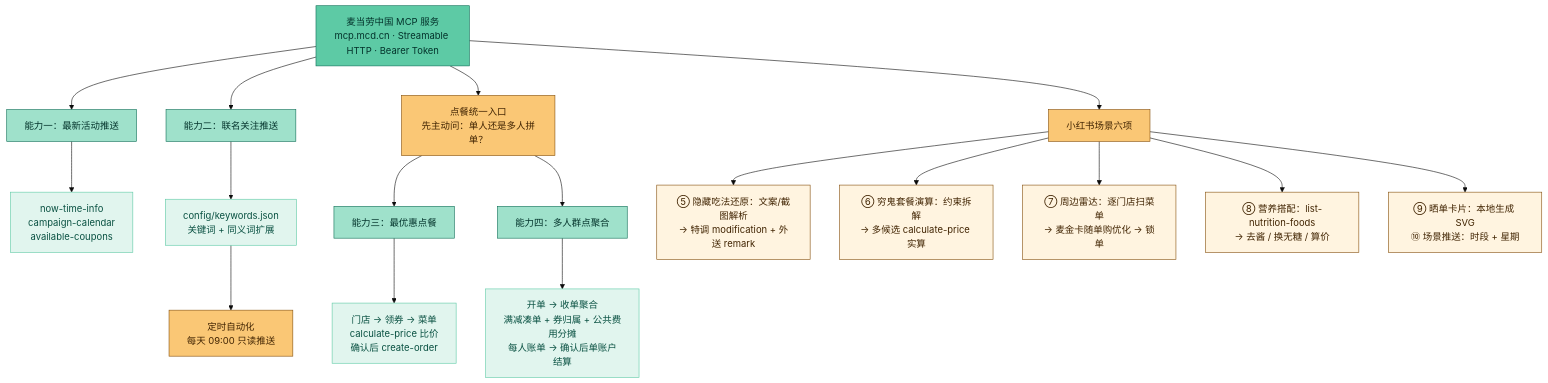
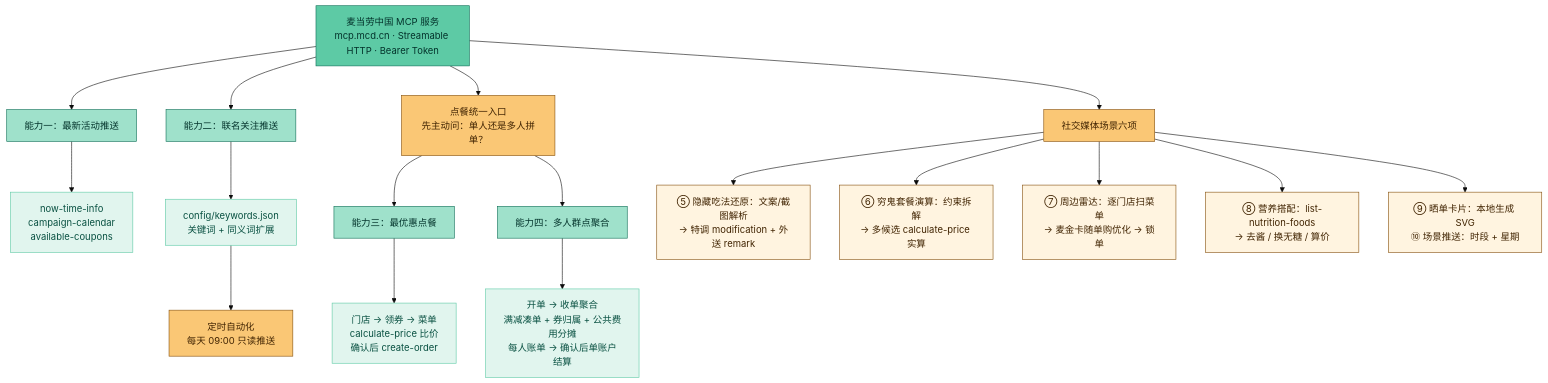
One commit to junxchan54-maker/mcd-cn-assistant changed the diagram in README.md. Above: the diagram before and after it, drawn with Mermaid (base theme). The commit also changed other lines of this file and 8 other files, not shown here.

````diff
--- a/README.md
+++ b/README.md
@@ -68,37 +68,37 @@
 ```mermaid
 flowchart TD
     A["麦当劳中国 MCP 服务<br/>mcp.mcd.cn · Streamable HTTP · Bearer Token"]
     A --> B1["能力一：最新活动推送"]
     A --> B2["能力二：联名关注推送"]
     A --> G["点餐统一入口<br/>先主动问：单人还是多人拼单？"]
     G --> B3["能力三：最优惠点餐"]
     G --> B4["能力四：多人群点聚合"]
     B1 --> C1["now-time-info<br/>campaign-calendar<br/>available-coupons"]
     B2 --> C2["config/keywords.json<br/>关键词 + 同义词扩展"]
     B3 --> C3["门店 → 领券 → 菜单<br/>calculate-price 比价<br/>确认后 create-order"]
     B4 --> C4["开单 → 收单聚合<br/>满减凑单 + 券归属 + 公共费用分摊<br/>每人账单 → 确认后单账户结算"]
     C2 --> D["定时自动化<br/>每天 09:00 只读推送"]
-    A --> E1["小红书场景六项"]
+    A --> E1["社交媒体场景六项"]
     E1 --> E2["⑤ 隐藏吃法还原：文案/截图解析<br/>→ 特调 modification + 外送 remark"]
     E1 --> E3["⑥ 穷鬼套餐演算：约束拆解<br/>→ 多候选 calculate-price 实算"]
     E1 --> E4["⑦ 周边雷达：逐门店扫菜单<br/>→ 麦金卡随单购优化 → 锁单"]
     E1 --> E5["⑧ 营养搭配：list-nutrition-foods<br/>→ 去酱 / 换无糖 / 算价"]
     E1 --> E6["⑨ 晒单卡片：本地生成 SVG<br/>⑩ 场景推送：时段 + 星期"]
     style A fill:#5DCAA5,stroke:#0F6E56,color:#04342C
     style G fill:#FAC775,stroke:#854F0B,color:#412402
     style B1 fill:#9FE1CB,stroke:#0F6E56,color:#04342C
     style B2 fill:#9FE1CB,stroke:#0F6E56,color:#04342C
     style B3 fill:#9FE1CB,stroke:#0F6E56,color:#04342C
     style B4 fill:#9FE1CB,stroke:#0F6E56,color:#04342C
     style E1 fill:#FAC775,stroke:#854F0B,color:#412402
     style E2 fill:#FFF4E0,stroke:#854F0B,color:#412402
     style E3 fill:#FFF4E0,stroke:#854F0B,color:#412402
     style E4 fill:#FFF4E0,stroke:#854F0B,color:#412402
     style E5 fill:#FFF4E0,stroke:#854F0B,color:#412402
     style E6 fill:#FFF4E0,stroke:#854F0B,color:#412402
     style C1 fill:#E1F5EE,stroke:#5DCAA5,color:#085041
     style C2 fill:#E1F5EE,stroke:#5DCAA5,color:#085041
     style C3 fill:#E1F5EE,stroke:#5DCAA5,color:#085041
     style C4 fill:#E1F5EE,stroke:#5DCAA5,color:#085041
     style D fill:#FAC775,stroke:#854F0B,color:#412402
 ```
````
